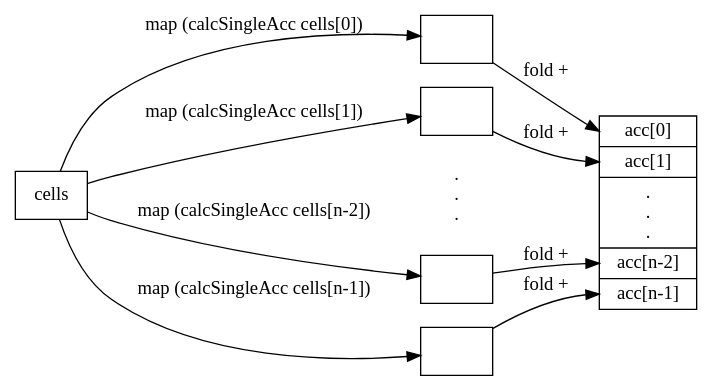
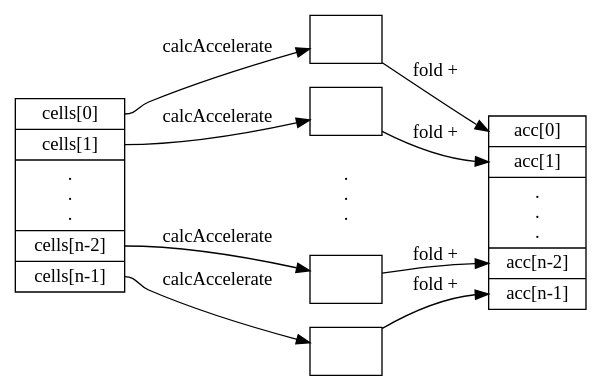
One commit to pysuxing/master-thesis changed the diagram in figures/np-decomposition.dot. Above: the diagram before and after it, drawn with Graphviz. The commit also changed 2 other files, not shown here.

```diff
--- a/figures/np-decomposition.dot
+++ b/figures/np-decomposition.dot
@@ -1,22 +1,22 @@
 digraph G {
         rankdir=LR;
         node[shape=box];
         
-        cells;
+        cells[shape=record, label="<p0> cells[0] | <p1> cells[1] | <p2> .\n.\n.| <pm> cells[n-2] | <pn> cells[n-1]"];
         t0[label=""];
         t1[label=""];
         dots[label=".\n.\n.", shape=plaintext];
         tm[label=""];
         tn[label=""];
         result[shape=record, label="<p0> acc[0] | <p1> acc[1] | .\n.\n.| <pm> acc[n-2] | <pn> acc[n-1]"];
 
-        cells -> t0[label="map (calcSingleAcc cells[0])"];
-        cells -> t1[label="map (calcSingleAcc cells[1])"];
-        cells -> dots[color=transparent];
-        cells -> tm[label="map (calcSingleAcc cells[n-2])"];
-        cells -> tn[label="map (calcSingleAcc cells[n-1])"];
+        cells:p0 -> t0[label="calcAccelerate"];
+        cells:p1 -> t1[label="calcAccelerate"];
+        cells:p2 -> dots[color=transparent];
+        cells:pm -> tm[label="calcAccelerate"];
+        cells:pn -> tn[label="calcAccelerate"];
         t0 -> result:p0[label="fold +"];
         t1 -> result:p1[label="fold +"];
         tm -> result:pm[label="fold +"];
         tn -> result:pn[label="fold +"];
 }
```
